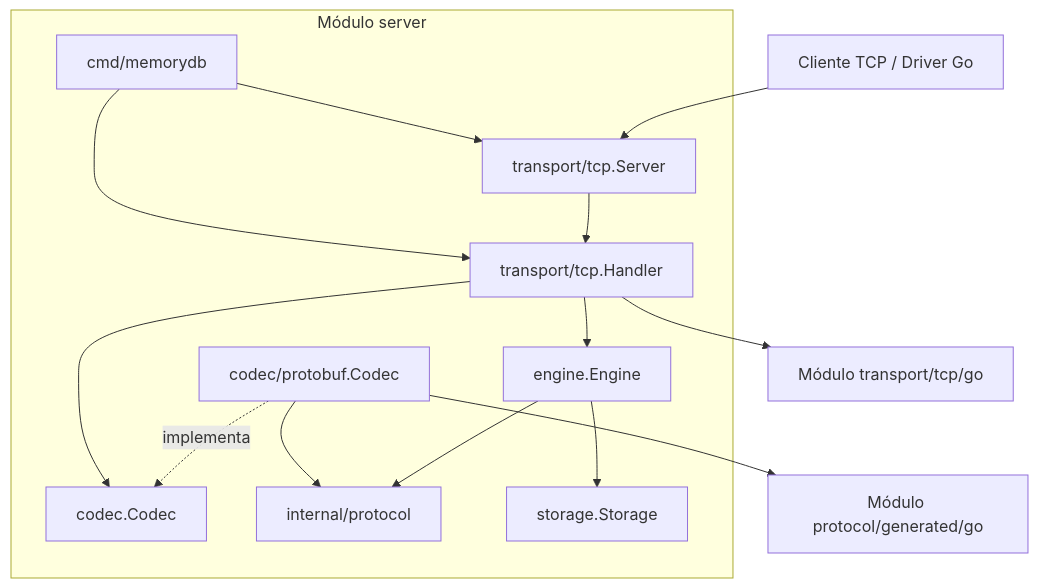
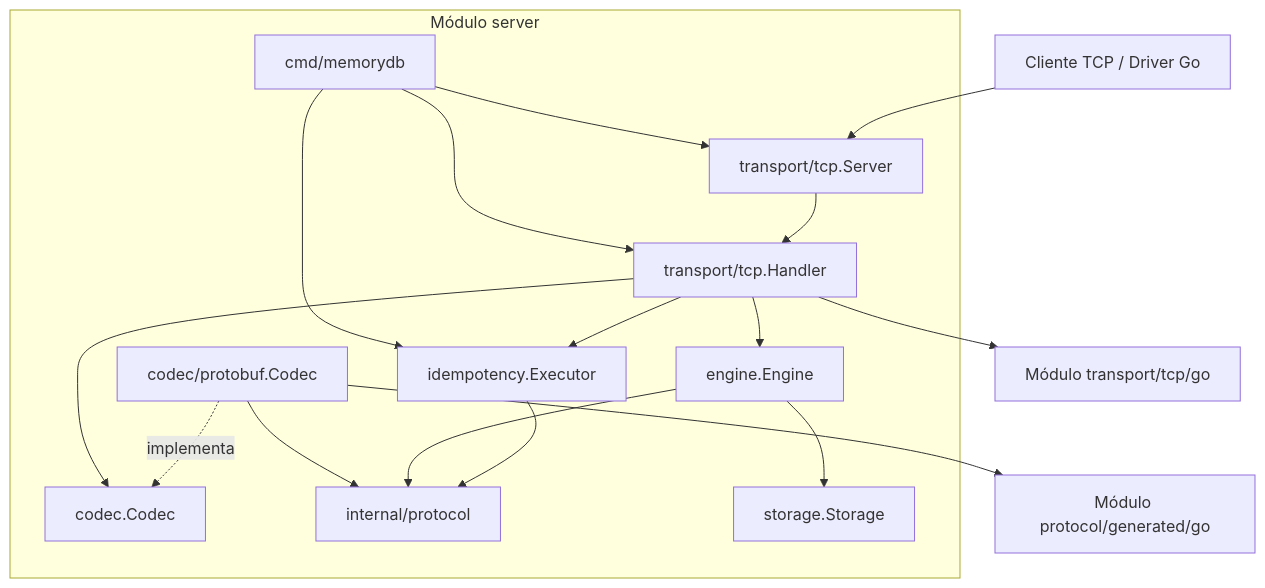
The second of 3 diagrams in docs/tecnica/ARQUITETURA.md (pescador95/memorydb), drawn with Mermaid before and after one commit. The commit also changed other lines of this file and 18 other files, not shown here.

````diff
--- a/docs/tecnica/ARQUITETURA.md
+++ b/docs/tecnica/ARQUITETURA.md
@@ -75,32 +89,36 @@
 ```mermaid
 flowchart TB
     Client["Cliente TCP / Driver Go"]
 
     subgraph Server["Módulo server"]
         Entry["cmd/memorydb"]
         TCPServer["transport/tcp.Server"]
         Handler["transport/tcp.Handler"]
         CodecPort["codec.Codec"]
         ProtoCodec["codec/protobuf.Codec"]
+        Idempotency["idempotency.Executor"]
         Engine["engine.Engine"]
         Model["internal/protocol"]
         Storage["storage.Storage"]
     end
 
     TCPModule["Módulo transport/tcp/go"]
     Generated["Módulo protocol/generated/go"]
 
     Entry --> TCPServer
     Entry --> Handler
+    Entry --> Idempotency
     TCPServer --> Handler
     Handler --> TCPModule
     Handler --> CodecPort
+    Handler --> Idempotency
     Handler --> Engine
     ProtoCodec -. implementa .-> CodecPort
     ProtoCodec --> Model
     ProtoCodec --> Generated
     Engine --> Model
     Engine --> Storage
+    Idempotency --> Model
 
     Client --> TCPServer
 ```
````
